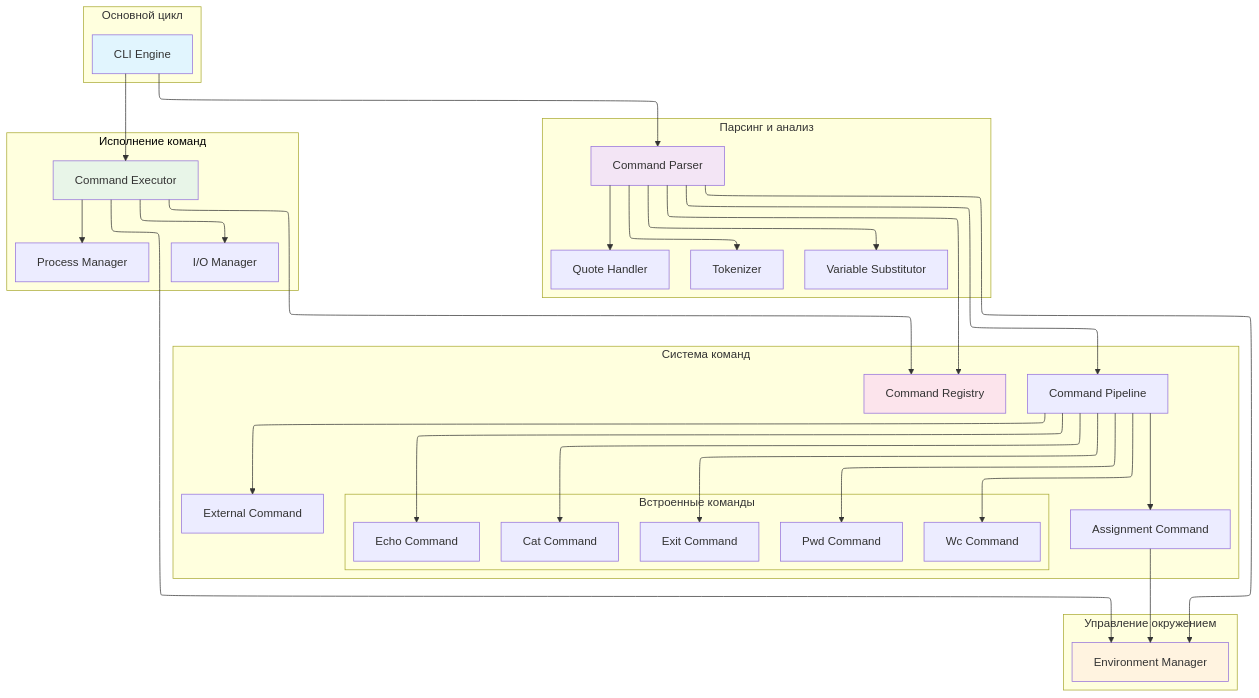
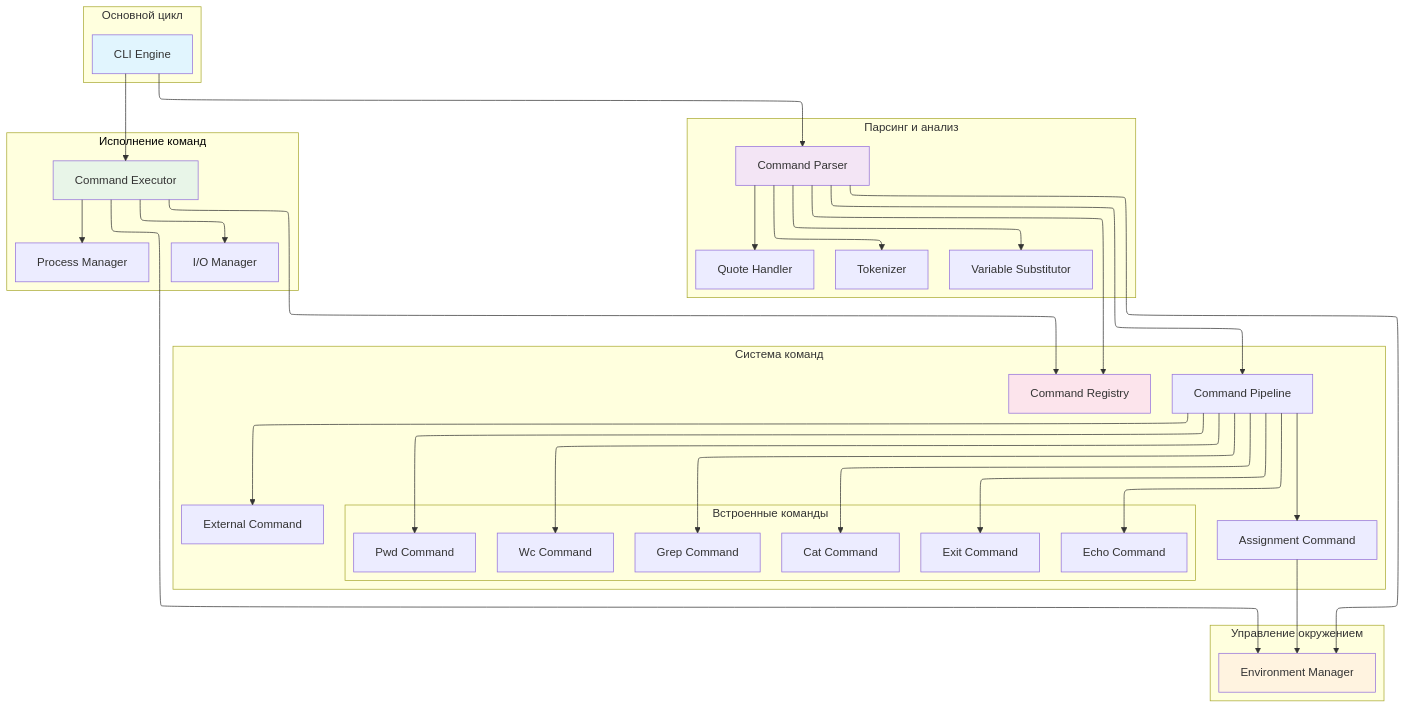
One commit to FeDaniil/ITMO-Software-Design-2025 changed the diagram in architecture/CLI/README.md. Above: the diagram before and after it, drawn with Mermaid. The commit also changed other lines of this file and 10 other files, not shown here.

````diff
--- a/architecture/CLI/README.md
+++ b/architecture/CLI/README.md
@@ -5,49 +5,50 @@
 ```mermaid
 ---
 config:
   layout: elk
 ---
 flowchart TB
  subgraph subGraph0["Основной цикл"]
         CLI["CLI Engine"]
   end
  subgraph subGraph1["Парсинг и анализ"]
         PARSER["Command Parser"]
         TOKEN["Tokenizer"]
         QUOTE["Quote Handler"]
         VARSUB["Variable Substitutor"]
   end
  subgraph subGraph2["Управление окружением"]
         ENV["Environment Manager"]
   end
  subgraph subGraph3["Исполнение команд"]
         EXEC["Command Executor"]
         IOMGR["I/O Manager"]
         PROCMGR["Process Manager"]
   end
  subgraph subGraph4["Встроенные команды"]
         ECHO["Echo Command"]
         CAT["Cat Command"]
         WC["Wc Command"]
         PWD["Pwd Command"]
         EXIT["Exit Command"]
+        GREP["Grep Command"]
   end
  subgraph subGraph5["Система команд"]
         REG["Command Registry"]
         PIPELINE["Command Pipeline"]
         subGraph4
         EXT["External Command"]
         ASSIGN["Assignment Command"]
   end
     CLI --> PARSER & EXEC
     PARSER --> TOKEN & QUOTE & VARSUB & ENV & REG & PIPELINE
-    PIPELINE --> ECHO & CAT & WC & PWD & EXIT & EXT & ASSIGN
+    PIPELINE --> ECHO & CAT & WC & PWD & EXIT & GREP & EXT & ASSIGN
     EXEC --> IOMGR & PROCMGR & REG & ENV
     ASSIGN --> ENV
     style CLI fill:#e1f5fe
     style PARSER fill:#f3e5f5
     style ENV fill:#fff3e0
     style EXEC fill:#e8f5e8
     style REG fill:#fce4ec
     style subGraph3 color:#000000
 ```
````
